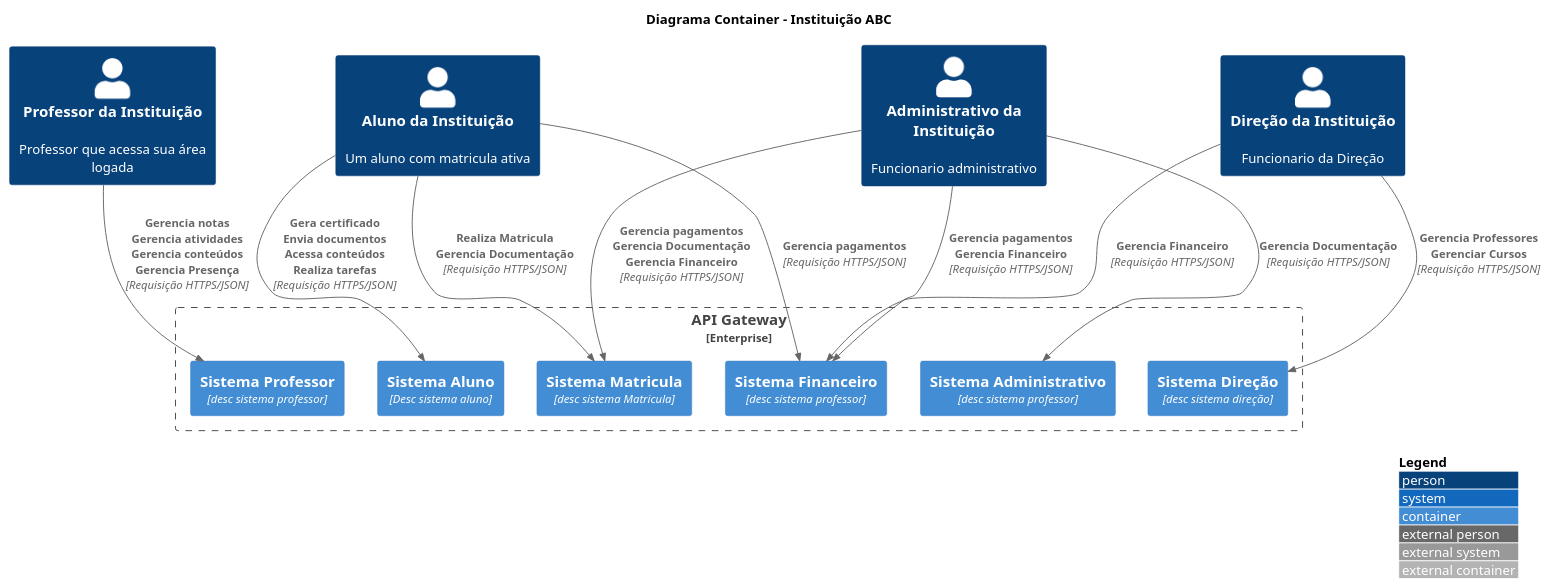
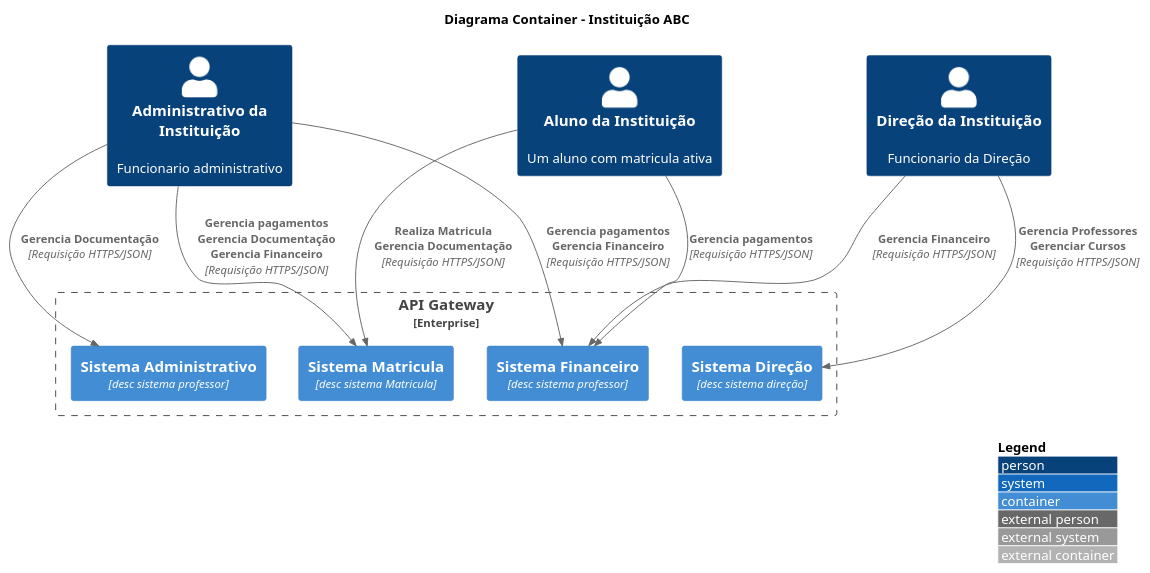
The diagram in c4model/nivel_2_container_diagrama.puml (PosGraduacaoEquipe7/diagramas-plant-uml), drawn with PlantUML before and after one commit.

Commit message:
Atualiza o segundo nível do C4

```diff
--- a/c4model/nivel_2_container_diagrama.puml
+++ b/c4model/nivel_2_container_diagrama.puml
@@ -1,41 +1,36 @@
 @startuml C4_Elements
 !include https://raw.githubusercontent.com/plantuml-stdlib/C4-PlantUML/master/C4_Container.puml
 
 'LAYOUT_TOP_DOWN()
 LAYOUT_WITH_LEGEND()
 
 title Diagrama Container - Instituição ABC
 
 Person(aluno, "Aluno da Instituição","Um aluno com matricula ativa")
-Person(professor, "Professor da Instituição", "Professor que acessa sua área logada")
 Person(admin, "Administrativo da Instituição", "Funcionario administrativo")
 Person(direcao, "Direção da Instituição", "Funcionario da Direção")
 
 Enterprise_Boundary(c1, "API Gateway") {
 
-        Container(systemAluno, "Sistema Aluno", "Desc sistema aluno")
-        Container(systemAluno, "Sistema Aluno", "Desc sistema aluno")
-        Container(systemProfessor, "Sistema Professor", "desc sistema professor")
         Container(systemFinanceiro, "Sistema Financeiro", "desc sistema professor")
         Container(systemAdministrativo, "Sistema Administrativo", "desc sistema professor")
 
         Container(systemDirecao, "Sistema Direção", "desc sistema direção")
         Container(systemMatricula, "Sistema Matricula", "desc sistema Matricula")
 }
 
 'Rel_U, Rel_Up
 'Rel_D, Rel_Down
 'Rel_L, Rel_Left
 'Rel_R, Rel_Right
 
-Rel(aluno, systemAluno ,"Gera certificado\nEnvia documentos\nAcessa conteúdos\nRealiza tarefas", "Requisição HTTPS/JSON")
 Rel(aluno, systemMatricula , "Realiza Matricula\nGerencia Documentação", "Requisição HTTPS/JSON")
 Rel(aluno, systemFinanceiro , "Gerencia pagamentos", "Requisição HTTPS/JSON")
-Rel(professor, systemProfessor , "Gerencia notas\nGerencia atividades\nGerencia conteúdos\nGerencia Presença", "Requisição HTTPS/JSON")
+
 Rel(admin, systemAdministrativo , "Gerencia Documentação", "Requisição HTTPS/JSON")
 Rel(admin, systemFinanceiro , "Gerencia pagamentos\nGerencia Financeiro", "Requisição HTTPS/JSON")
 Rel(admin, systemMatricula , "Gerencia pagamentos\nGerencia Documentação\nGerencia Financeiro", "Requisição HTTPS/JSON")
 Rel(direcao, systemDirecao , "Gerencia Professores\nGerenciar Cursos", "Requisição HTTPS/JSON")
 Rel(direcao, systemFinanceiro , "Gerencia Financeiro", "Requisição HTTPS/JSON")
 
 @enduml
```
